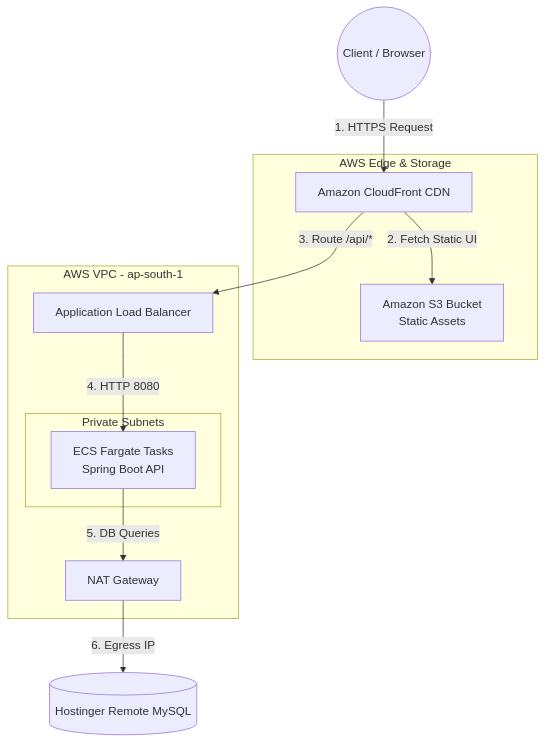
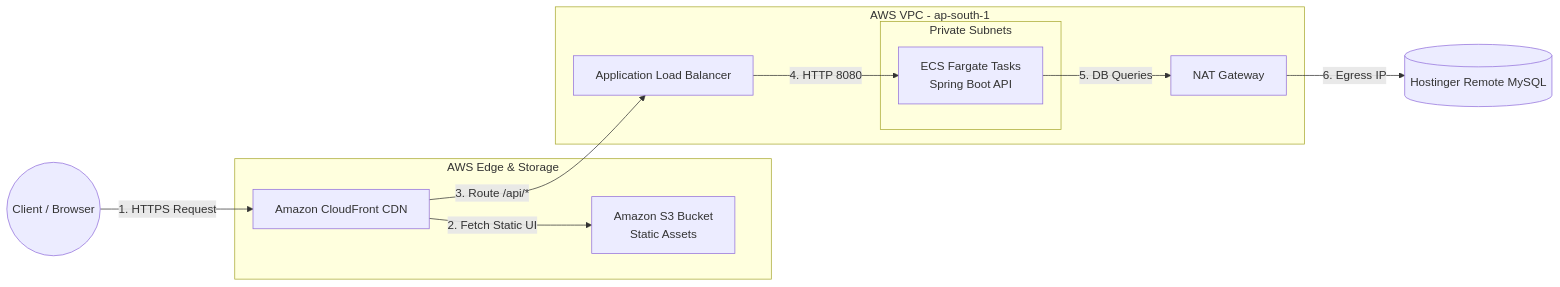
The first of 3 diagrams in README.md (pirates27/frontend), drawn with Mermaid before and after one commit. The commit also changed other lines of this file, not shown here.

````diff
--- a/README.md
+++ b/README.md
@@ -71,28 +77,28 @@
 ```mermaid
-graph TD
+graph LR
     Client((Client / Browser))
     
     subgraph Frontend [AWS Edge & Storage]
         CF[Amazon CloudFront CDN]
         S3[Amazon S3 Bucket<br>Static Assets]
     end
     
     subgraph Backend VPC [AWS VPC - ap-south-1]
         ALB[Application Load Balancer]
         
         subgraph Private Subnets
             ECS[ECS Fargate Tasks<br>Spring Boot API]
         end
         
         NAT[NAT Gateway]
     end
     
     DB[(Hostinger Remote MySQL)]
 
     Client -->|1. HTTPS Request| CF
     CF -->|2. Fetch Static UI| S3
     CF -->|3. Route /api/*| ALB
     ALB -->|4. HTTP 8080| ECS
     ECS -->|5. DB Queries| NAT
     NAT -->|6. Egress IP| DB
 ```
````
